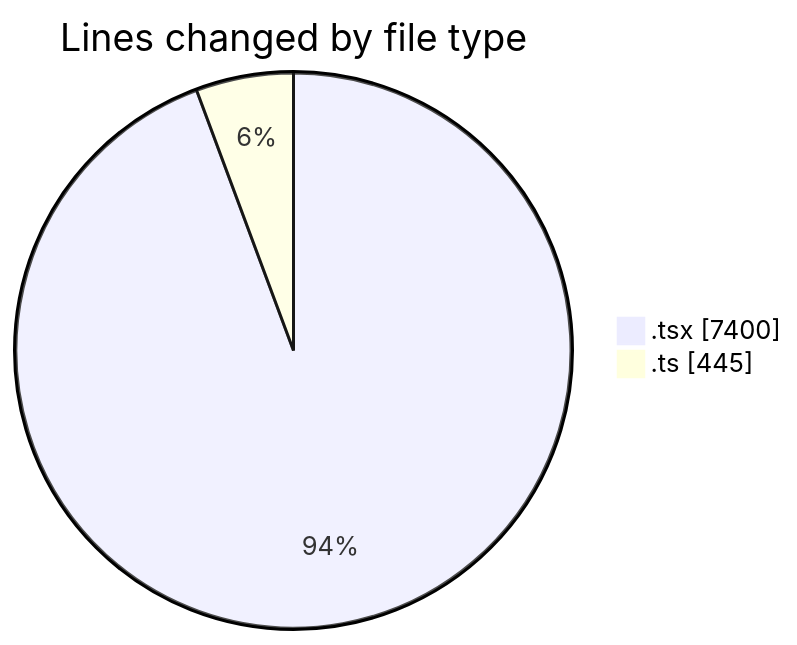
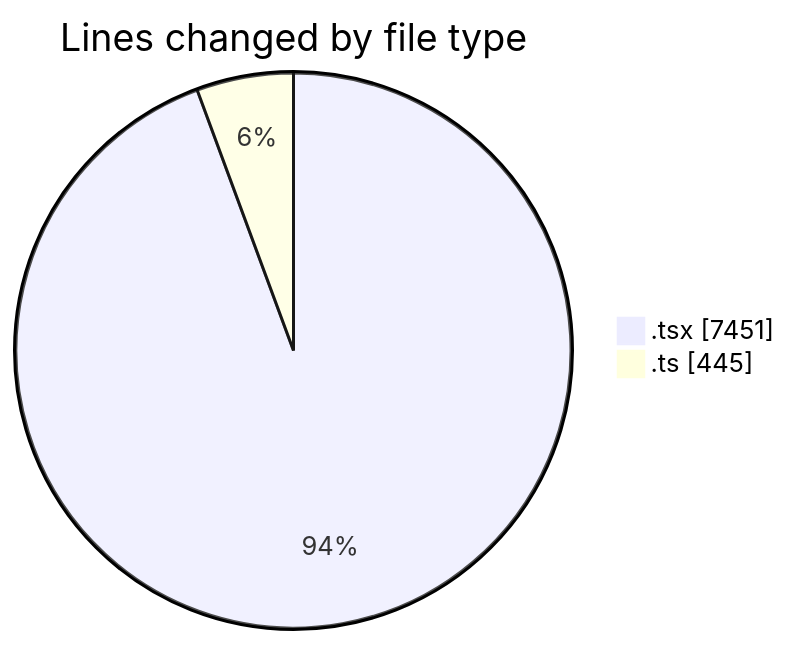
The first of 2 diagrams in 2025-09-24/cda/README.md (momahboobian/code-tracking), drawn with Mermaid before and after one commit. The commit also changed other lines of this file and 1 other file, not shown here.

````diff
--- a/2025-09-24/cda/README.md
+++ b/2025-09-24/cda/README.md
@@ -36,6 +36,6 @@
 ```mermaid
 pie showData
 title Lines changed by file type
-".tsx" : 7400
+".tsx" : 7451
 ".ts" : 445
 ```
````
